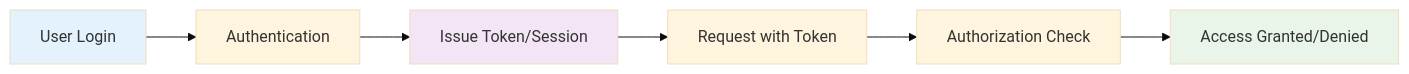
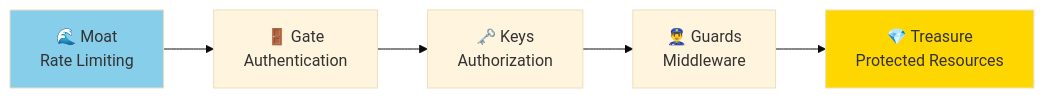
One commit to ridwanspace/restful-fastapi-guideline changed the third of 8 diagrams in app/docs/03_intermediate/04-authentication-authorization/page.mdx. Above: the diagram before and after it, drawn with Mermaid (base theme). The commit also changed other lines of this file and 1 other file, not shown here.

````diff
--- a/app/docs/03_intermediate/04-authentication-authorization/page.mdx
+++ b/app/docs/03_intermediate/04-authentication-authorization/page.mdx
@@ -18,12 +93,10 @@
 ```mermaid
 graph LR
-    A[User Login] --> B[Authentication]
-    B --> C[Issue Token/Session]
-    C --> D[Request with Token]
-    D --> E[Authorization Check]
-    E --> F[Access Granted/Denied]
+    A[🌊 Moat<br/>Rate Limiting] --> B[🚪 Gate<br/>Authentication]
+    B --> C[🗝️ Keys<br/>Authorization]
+    C --> D[👮‍♂️ Guards<br/>Middleware]
+    D --> E[💎 Treasure<br/>Protected Resources]
     
-    style A fill:#e3f2fd
-    style C fill:#f3e5f5
-    style F fill:#e8f5e8
+    style A fill:#87ceeb
+    style E fill:#ffd700
 ```
````
